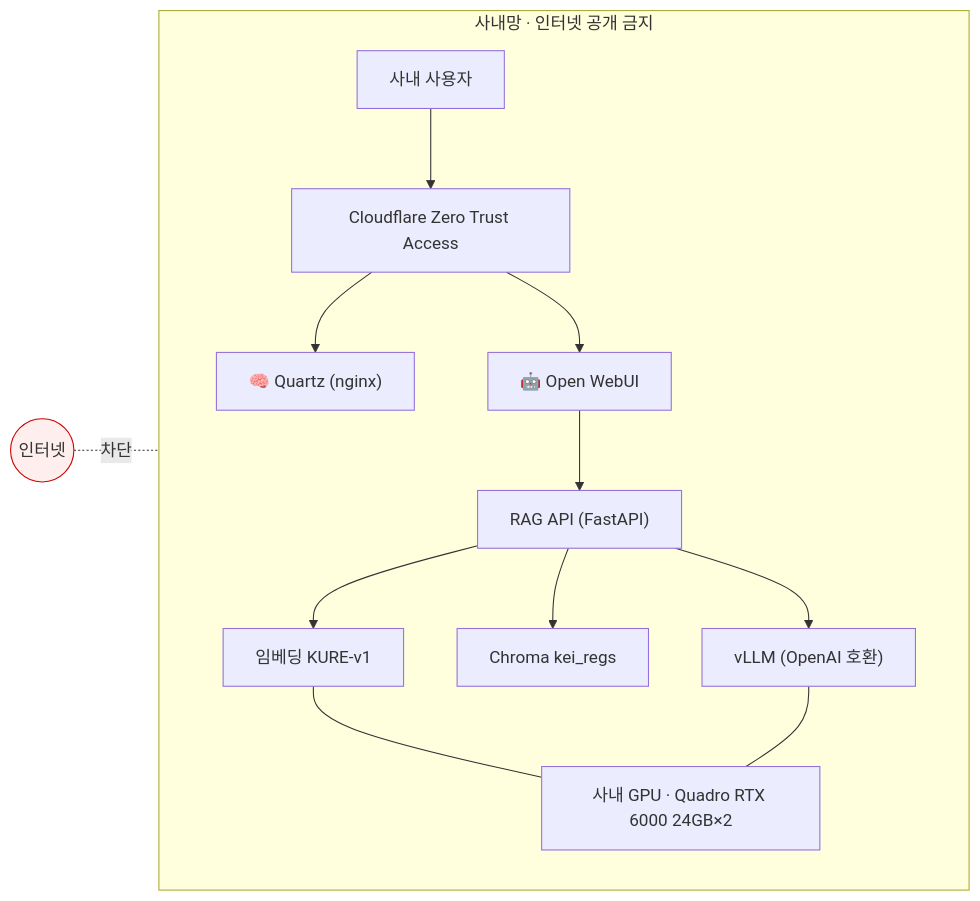
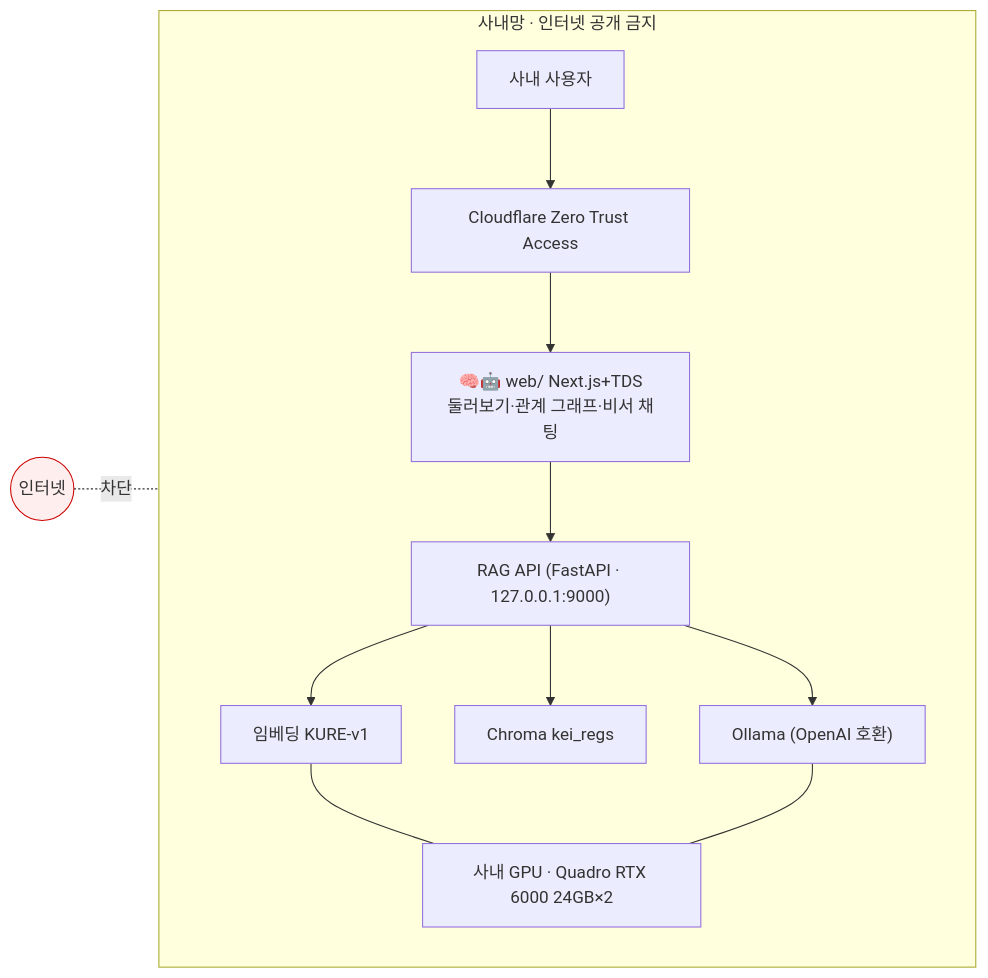
Before and after one commit to mooner92/KEIAdminSuperv: the third of 3 diagrams in docs/01-overview.md, drawn with Mermaid. The commit also changed other lines of this file and 6 other files, not shown here.

````diff
--- a/docs/01-overview.md
+++ b/docs/01-overview.md
@@ -123,17 +127,16 @@
 ```mermaid
 flowchart LR
     subgraph net["사내망 · 인터넷 공개 금지"]
         direction TB
         U["사내 사용자"] --> ZT["Cloudflare Zero Trust Access"]
-        ZT --> Brain["🧠 Quartz (nginx)"]
-        ZT --> Assist["🤖 Open WebUI"]
-        Assist --> RAG["RAG API (FastAPI)"]
+        ZT --> Web["🧠🤖 web/ Next.js+TDS<br/>둘러보기·관계 그래프·비서 채팅"]
+        Web --> RAG["RAG API (FastAPI · 127.0.0.1:9000)"]
         RAG --> EMB["임베딩 KURE-v1"]
         RAG --> DB["Chroma kei_regs"]
-        RAG --> LLM["vLLM (OpenAI 호환)"]
+        RAG --> LLM["Ollama (OpenAI 호환)"]
         EMB --- GPU["사내 GPU · Quadro RTX 6000 24GB×2"]
         LLM --- GPU
     end
     X(("인터넷")):::ext -. 차단 .- net
     classDef ext fill:#fee,stroke:#c00;
 ```
````
